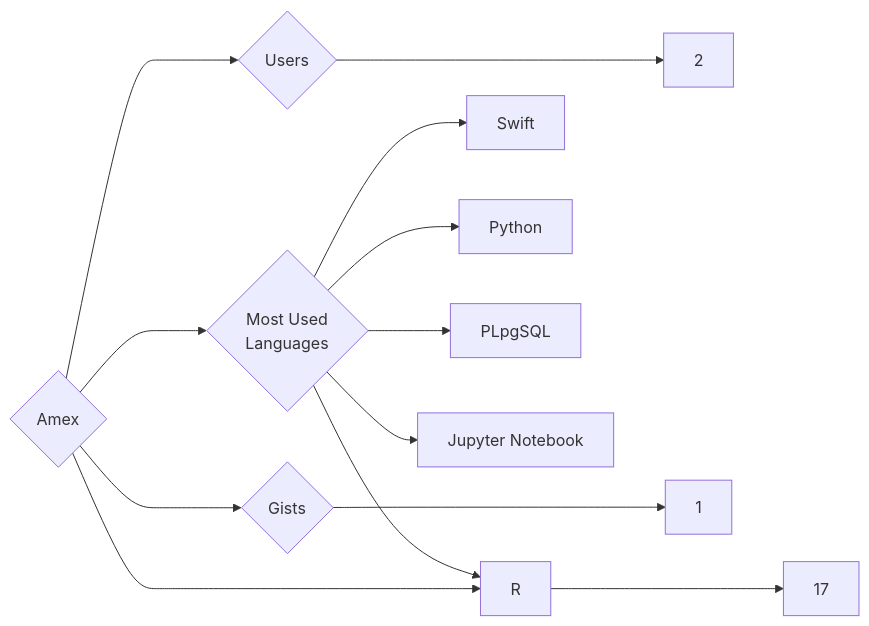
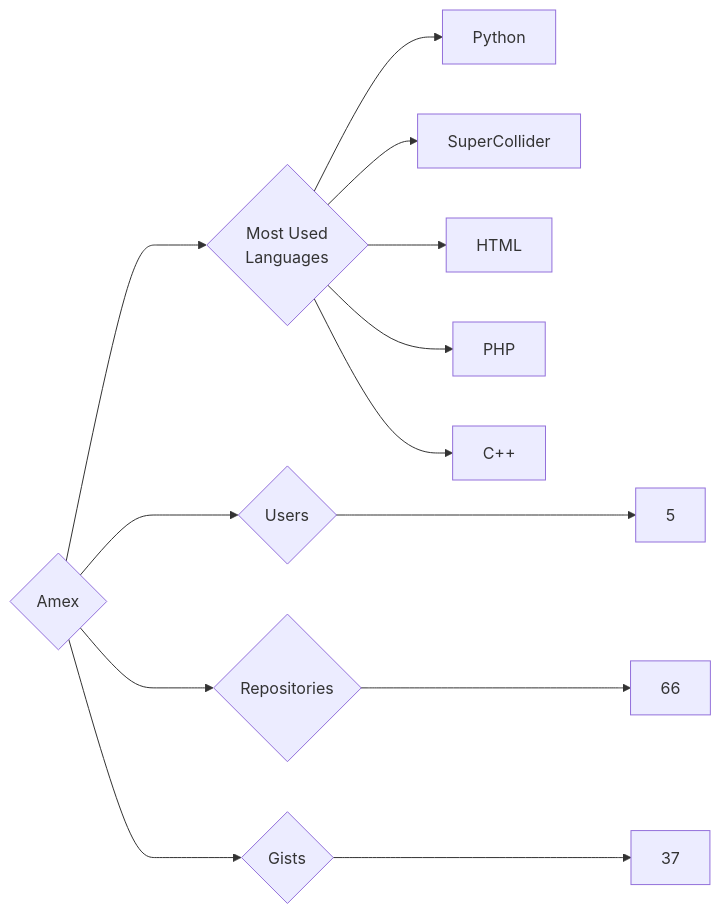
One commit to trickest/insiders changed the diagram in targets/Amex/README.md. Above: the diagram before and after it, drawn with Mermaid. The commit also changed 998 other files, not shown here.

````diff
--- a/targets/Amex/README.md
+++ b/targets/Amex/README.md
@@ -3,13 +3,13 @@
 ```mermaid
 graph LR
 COMPANY_NAME{Amex}
-COMPANY_NAME ---> U{Users} ---> UN[2]
-COMPANY_NAME ---> R{Repositories} ---> RN[17]
-COMPANY_NAME ---> G{Gists} ---> GN[1]
+COMPANY_NAME ---> U{Users} ---> UN[5]
+COMPANY_NAME ---> R{Repositories} ---> RN[66]
+COMPANY_NAME ---> G{Gists} ---> GN[37]
 COMPANY_NAME ---> ML{Most Used<br>Languages}
-ML --> Swift[Swift]
 ML --> Python[Python]
-ML --> R[R]
-ML --> PLpgSQL[PLpgSQL]
-ML --> Jupyter_Notebook[Jupyter Notebook]
+ML --> SuperCollider[SuperCollider]
+ML --> HTML[HTML]
+ML --> PHP[PHP]
+ML --> C++[C++]
 ```
````
